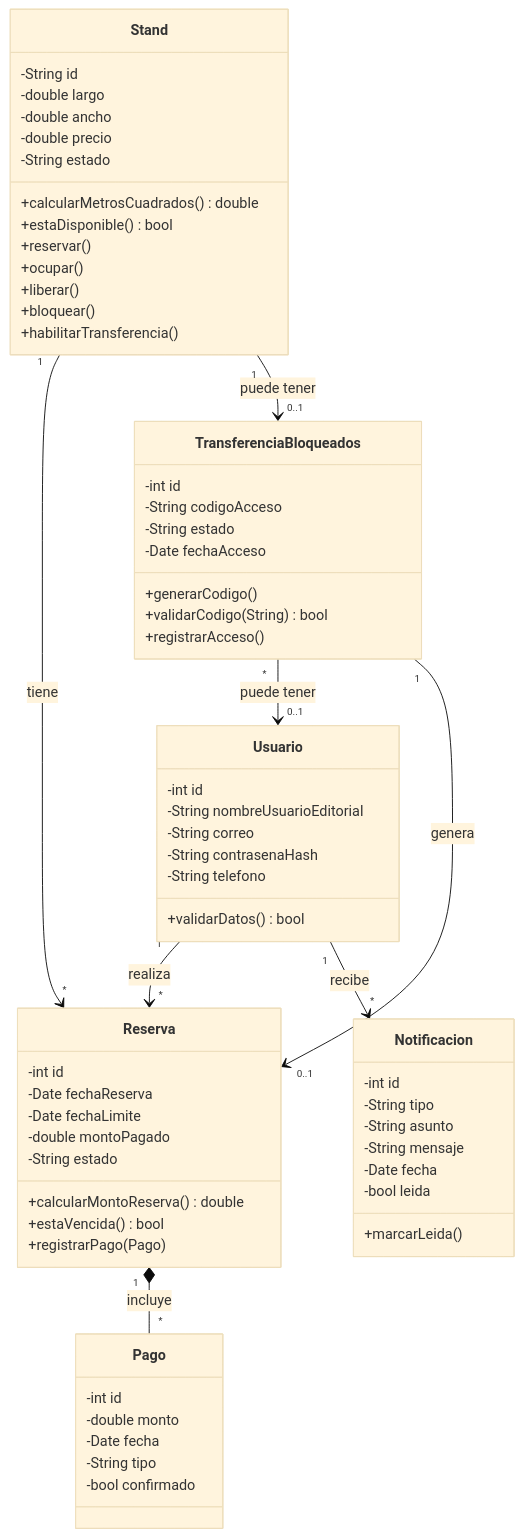
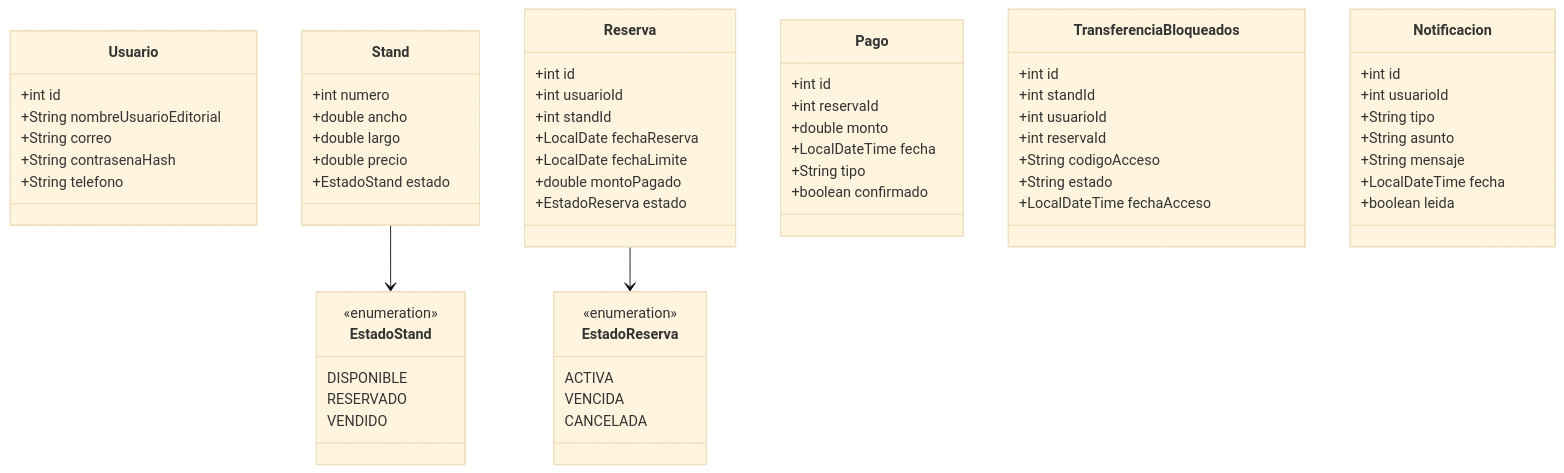
One commit to Javtamata145/StandsFiley-POO changed the first of 9 diagrams in Stands-Filey/DiagramaClases/DiagramaClases.md. Above: the diagram before and after it, drawn with Mermaid (base theme). The commit also changed other lines of this file and 64 other files, not shown here.

````diff
--- a/Stands-Filey/DiagramaClases/DiagramaClases.md
+++ b/Stands-Filey/DiagramaClases/DiagramaClases.md
@@ -44,68 +41,76 @@
 ```mermaid
 classDiagram
 direction TB
+
 class Usuario {
-  -int id
-  -String nombreUsuarioEditorial
-  -String correo
-  -String contrasenaHash
-  -String telefono
-  +validarDatos() bool
+  +int id
+  +String nombreUsuarioEditorial
+  +String correo
+  +String contrasenaHash
+  +String telefono
 }
+
 class Stand {
-  -String id
-  -double largo
-  -double ancho
-  -double precio
-  -String estado
-  +calcularMetrosCuadrados() double
-  +estaDisponible() bool
-  +reservar()
-  +ocupar()
-  +liberar()
-  +bloquear()
-  +habilitarTransferencia()
+  +int numero
+  +double ancho
+  +double largo
+  +double precio
+  +EstadoStand estado
 }
+
 class Reserva {
-  -int id
-  -Date fechaReserva
-  -Date fechaLimite
-  -double montoPagado
-  -String estado
-  +calcularMontoReserva() double
-  +estaVencida() bool
-  +registrarPago(Pago)
+  +int id
+  +int usuarioId
+  +int standId
+  +LocalDate fechaReserva
+  +LocalDate fechaLimite
+  +double montoPagado
+  +EstadoReserva estado
 }
+
 class Pago {
-  -int id
-  -double monto
-  -Date fecha
-  -String tipo
-  -bool confirmado
+  +int id
+  +int reservaId
+  +double monto
+  +LocalDateTime fecha
+  +String tipo
+  +boolean confirmado
 }
+
 class TransferenciaBloqueados {
-  -int id
-  -String codigoAcceso
-  -String estado
-  -Date fechaAcceso
-  +generarCodigo()
-  +validarCodigo(String) bool
-  +registrarAcceso()
+  +int id
+  +int standId
+  +int usuarioId
+  +int reservaId
+  +String codigoAcceso
+  +String estado
+  +LocalDateTime fechaAcceso
 }
+
 class Notificacion {
-  -int id
-  -String tipo
-  -String asunto
-  -String mensaje
-  -Date fecha
-  -bool leida
-  +marcarLeida()
+  +int id
+  +int usuarioId
+  +String tipo
+  +String asunto
+  +String mensaje
+  +LocalDateTime fecha
+  +boolean leida
 }
-Usuario "1" --> "*" Reserva : realiza
-Stand "1" --> "*" Reserva : tiene
-Reserva "1" *-- "*" Pago : incluye
-Stand "1" --> "0..1" TransferenciaBloqueados : puede tener
-TransferenciaBloqueados "*" --> "0..1" Usuario : puede tener
-TransferenciaBloqueados "1" --> "0..1" Reserva : genera
-Usuario "1" --> "*" Notificacion : recibe
+
+class EstadoStand {
+  <<enumeration>>
+  DISPONIBLE
+  RESERVADO
+  VENDIDO
+}
+
+class EstadoReserva {
+  <<enumeration>>
+  ACTIVA
+  VENCIDA
+  CANCELADA
+}
+
+Stand --> EstadoStand
+Reserva --> EstadoReserva
 ```
````
